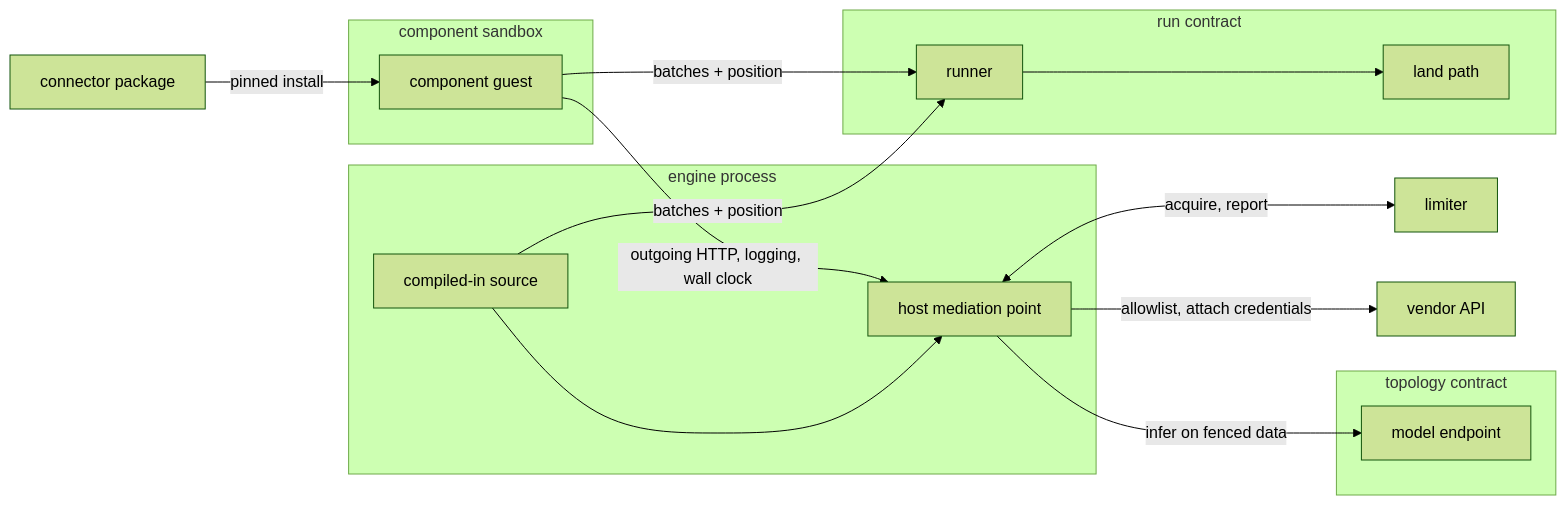
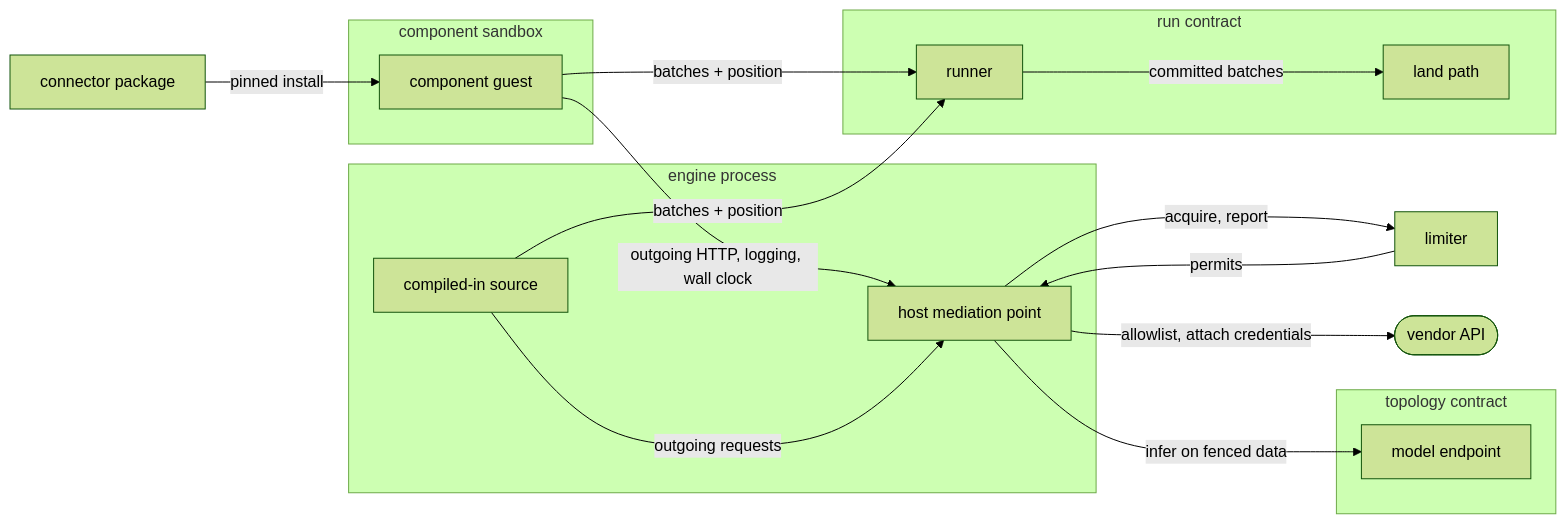
The first of 5 diagrams in spec/40-connector.md (fractalboxdev/contextful), drawn with Mermaid (forest theme) before and after one commit. The commit also changed other lines of this file and 31 other files, not shown here.

First line of the commit message:
spec: every diagram draws things as nodes and what flows as labelled edges

````diff
--- a/spec/40-connector.md
+++ b/spec/40-connector.md
@@ -22,28 +22,29 @@
 ```mermaid
 flowchart LR
   PKG["connector package"] -->|"pinned install"| GUEST
   subgraph SANDBOX["component sandbox"]
     GUEST["component guest"]
   end
   subgraph ENGINE["engine process"]
     NATIVE["compiled-in source"]
     MED["host mediation point"]
   end
   subgraph RUNC["run contract"]
     RUN["runner"]
     LAND["land path"]
   end
   LIM["limiter"]
-  VEND["vendor API"]
+  VEND(["vendor API"])
   subgraph TOPO["topology contract"]
     MODEL["model endpoint"]
   end
   GUEST -->|"outgoing HTTP, logging, wall clock"| MED
-  NATIVE --> MED
-  MED <-->|"acquire, report"| LIM
+  NATIVE -->|"outgoing requests"| MED
+  MED -->|"acquire, report"| LIM
+  LIM -->|"permits"| MED
   MED -->|"allowlist, attach credentials"| VEND
   MED -->|"infer on fenced data"| MODEL
   GUEST -->|"batches + position"| RUN
   NATIVE -->|"batches + position"| RUN
-  RUN --> LAND
+  RUN -->|"committed batches"| LAND
 ```
````
